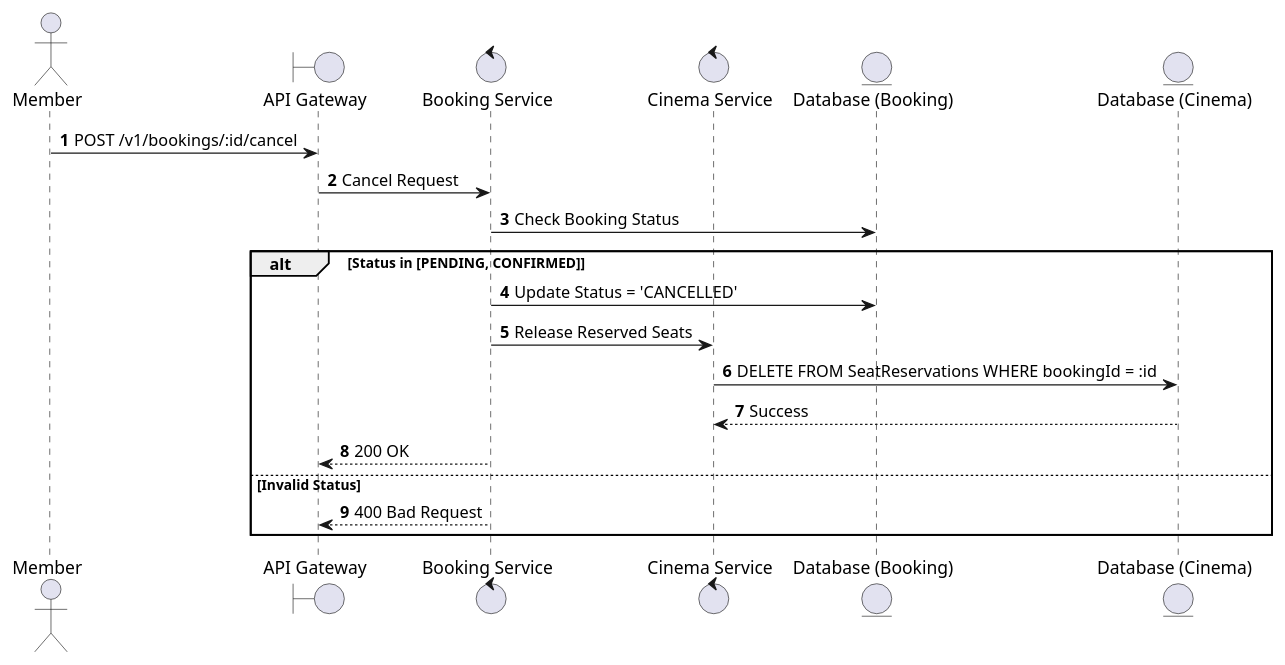
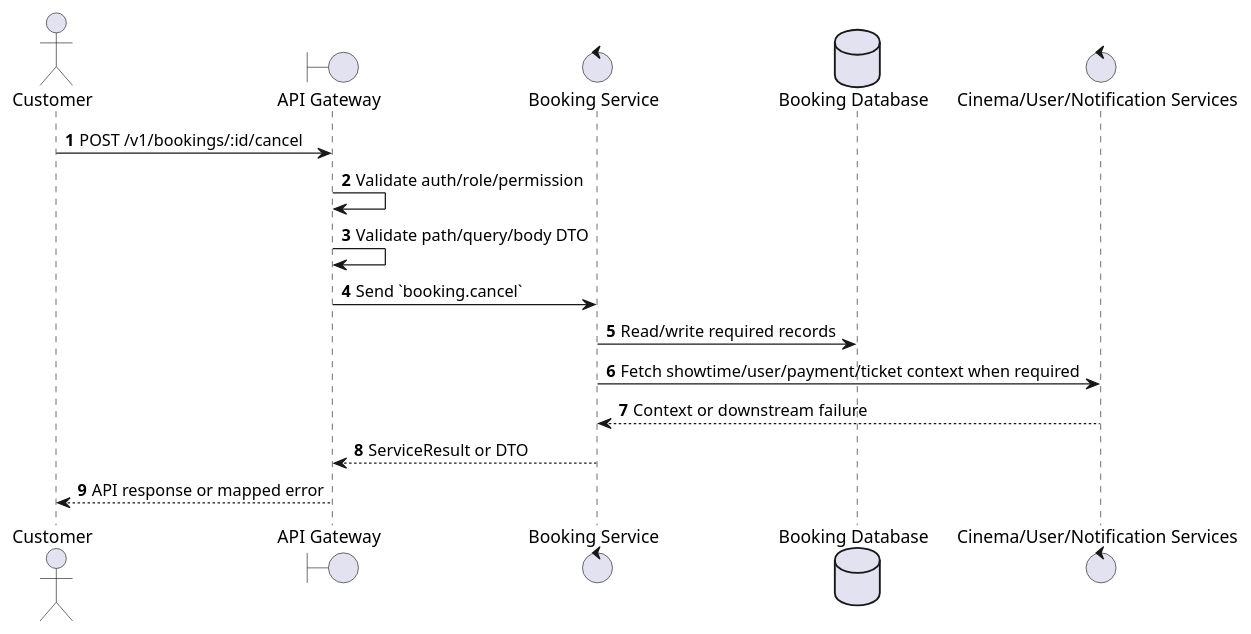
One commit to Tanh1603/movie-hub-architecture changed the first of 2 diagrams in docs/functional_specs/3.5.1_User_Booking_Operations/BK-05_Cancel_Booking.md. Above: the diagram before and after it, drawn with PlantUML. The commit also changed other lines of this file and 126 other files, not shown here.

````diff
--- a/docs/functional_specs/3.5.1_User_Booking_Operations/BK-05_Cancel_Booking.md
+++ b/docs/functional_specs/3.5.1_User_Booking_Operations/BK-05_Cancel_Booking.md
@@ -17,24 +17,20 @@
 ```plantuml
 @startuml
 autonumber
-actor Member
+actor "Customer" as Actor
 boundary "API Gateway" as GW
-control "Booking Service" as BS
-control "Cinema Service" as CS
-entity "Database (Booking)" as DB_B
-entity "Database (Cinema)" as DB_C
+control "Booking Service" as SVC
+database "Booking Database" as DB
+control "Cinema/User/Notification Services" as EXT
 
-Member -> GW: POST /v1/bookings/:id/cancel
-GW -> BS: Cancel Request
-BS -> DB_B: Check Booking Status
-alt Status in [PENDING, CONFIRMED]
-    BS -> DB_B: Update Status = 'CANCELLED'
-    BS -> CS: Release Reserved Seats
-    CS -> DB_C: DELETE FROM SeatReservations WHERE bookingId = :id
-    DB_C --> CS: Success
-    BS --> GW: 200 OK
-else Invalid Status
-    BS --> GW: 400 Bad Request
-end
+Actor -> GW: POST /v1/bookings/:id/cancel
+GW -> GW: Validate auth/role/permission
+GW -> GW: Validate path/query/body DTO
+GW -> SVC: Send `booking.cancel`
+SVC -> DB: Read/write required records
+SVC -> EXT: Fetch showtime/user/payment/ticket context when required
+EXT --> SVC: Context or downstream failure
+SVC --> GW: ServiceResult or DTO
+GW --> Actor: API response or mapped error
 @enduml
 ```
````
